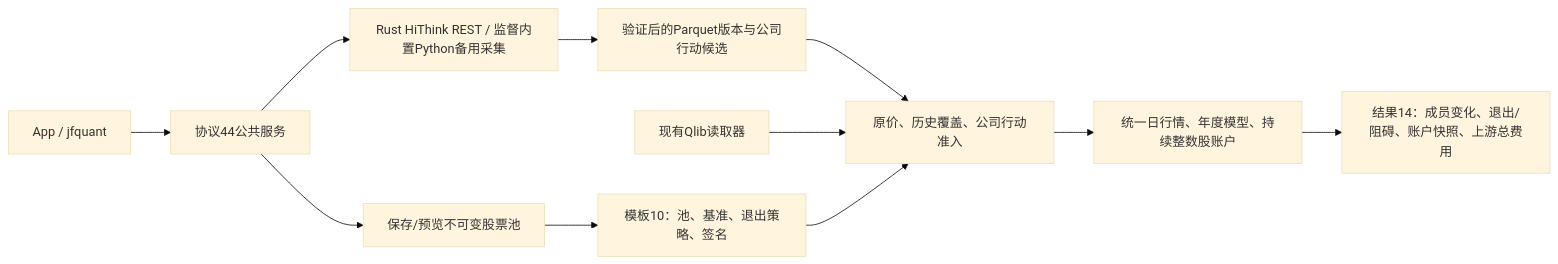
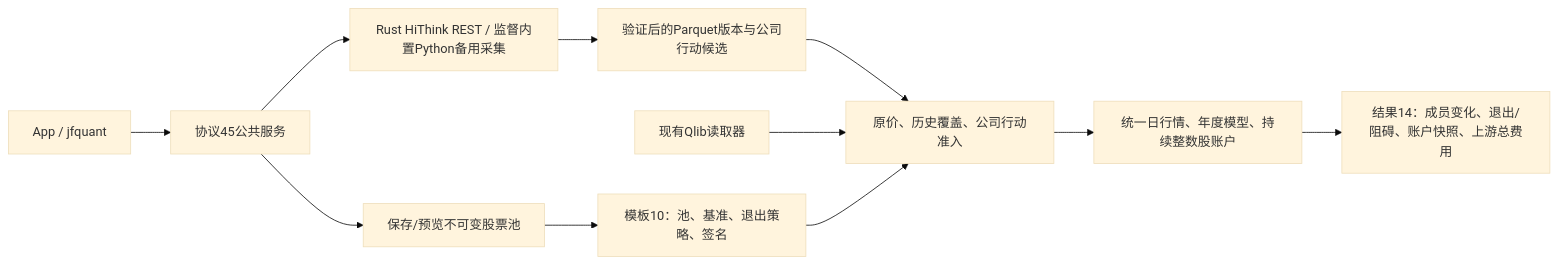
One commit to Dennishaha/JFQuant changed the second of 6 diagrams in crates/app/src/README.md. Above: the diagram before and after it, drawn with Mermaid (base theme). The commit also changed other lines of this file and 24 other files, not shown here.

````diff
--- a/crates/app/src/README.md
+++ b/crates/app/src/README.md
@@ -75,13 +75,13 @@
 ```mermaid
 flowchart LR
-  CLIENT["App / jfquant"] --> SERVICE["协议44公共服务"]
+  CLIENT["App / jfquant"] --> SERVICE["协议45公共服务"]
   SERVICE --> POOL["保存/预览不可变股票池"]
   SERVICE --> COLLECT["Rust HiThink REST / 监督内置Python备用采集"]
   COLLECT --> SNAPSHOT["验证后的Parquet版本与公司行动候选"]
   POOL --> FREEZE["模板10：池、基准、退出策略、签名"]
   SNAPSHOT --> READY["原价、历史覆盖、公司行动准入"]
   QLIB["现有Qlib读取器"] --> READY
   FREEZE --> READY
   READY --> RESEARCH["统一日行情、年度模型、持续整数股账户"]
   RESEARCH --> RESULT["结果14：成员变化、退出/阻碍、账户快照、上游总费用"]
 ```
````
